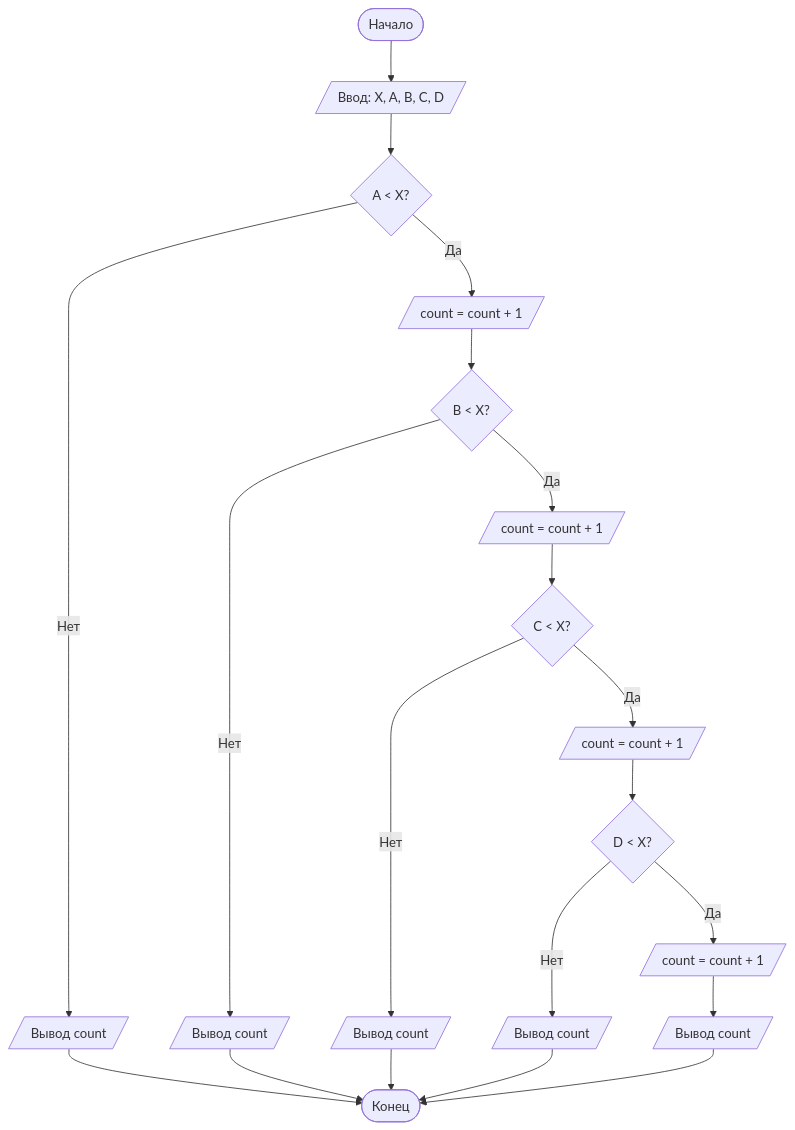
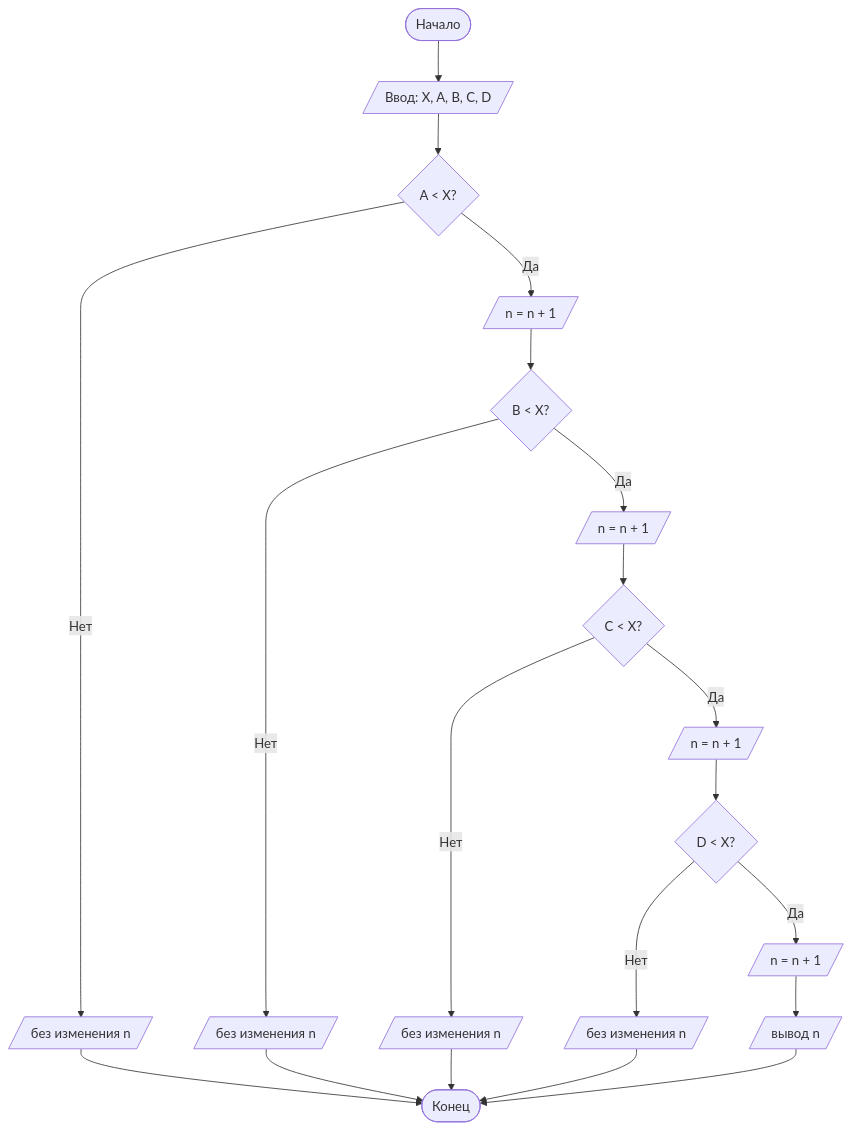
The diagram in README.md (polina450/Lab1), drawn with Mermaid before and after one commit. The commit also changed other lines of this file, not shown here.

````diff
--- a/README.md
+++ b/README.md
@@ -94,23 +94,23 @@
 ```mermaid
 
 graph TD
     A([Начало]) --> B[/Ввод: X, A, B, C, D/]
     B --> C{A < X?}
-    C -- Да --> C1[/count = count + 1/]
-    C -- Нет --> C2[/Вывод count/]
+    C -- Да --> C1[/n = n + 1/]
+    C -- Нет --> C2[/без изменения n/]
     C2 --> Z([Конец])
     C1 --> D{B < X?}
-    D -- Да --> D1[/count = count + 1/]
-    D -- Нет --> D2[/Вывод count/]
+    D -- Да --> D1[/n = n + 1/]
+    D -- Нет --> D2[/без изменения n/]
     D2 --> Z
     D1 --> E{C < X?}
-    E -- Да --> E1[/count = count + 1/]
-    E -- Нет --> E2[/Вывод count/]
+    E -- Да --> E1[/n = n + 1/]
+    E -- Нет --> E2[/без изменения n/]
     E2 --> Z
     E1 --> F{D < X?}
-    F -- Да --> F1[/count = count + 1/]
-    F -- Нет --> F2[/Вывод count/]
+    F -- Да --> F1[/n = n + 1/]
+    F -- Нет --> F2[/без изменения n/]
     F2 --> Z
-    F1 --> G[/Вывод count/]
+    F1 --> G[/вывод n/]
     G --> Z
 ```
````
